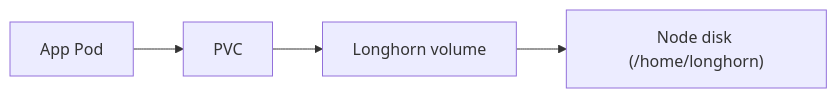
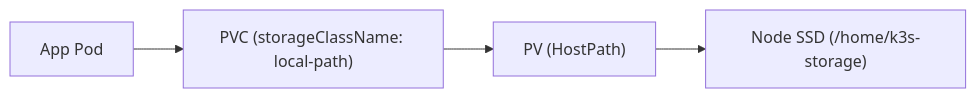
One commit to nsudhanva/homelab changed the diagram in docs/src/content/docs/how-to/storage.md. Above: the diagram before and after it, drawn with Mermaid. The commit also changed other lines of this file and 15 other files, not shown here.

Commit message:
Add GitOps upgrades, GitHub Actions provisioner, GPU operator, and local-path storage

````diff
--- a/docs/src/content/docs/how-to/storage.md
+++ b/docs/src/content/docs/how-to/storage.md
@@ -19,6 +18,6 @@
 ```mermaid
 flowchart LR
-  App["App Pod"] --> PVC["PVC"]
-  PVC --> Longhorn["Longhorn volume"]
-  Longhorn --> Disk["Node disk (/home/longhorn)"]
+  App["App Pod"] --> PVC["PVC (storageClassName: local-path)"]
+  PVC --> PV["PV (HostPath)"]
+  PV --> Disk["Node SSD (/home/k3s-storage)"]
 ```
````
